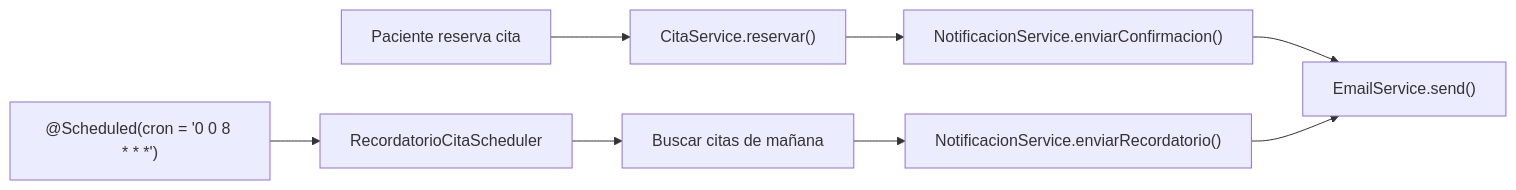
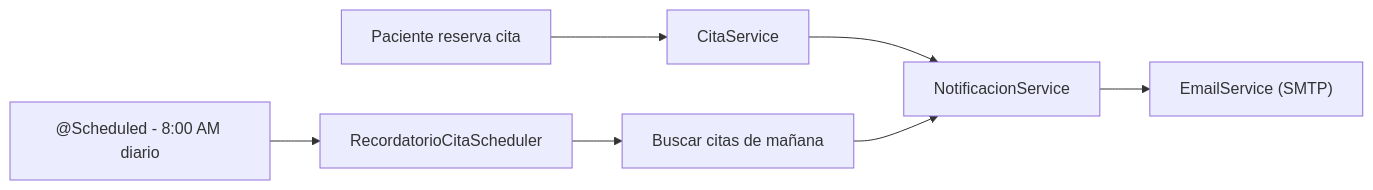
Before and after one commit to Alessandro-BS/Proyecto-Integrador: the sixth of 6 diagrams in README.md, drawn with Mermaid. The commit also changed other lines of this file, not shown here.

````diff
--- a/README.md
+++ b/README.md
@@ -342,11 +510,10 @@
 ```mermaid
 flowchart LR
-    A["Paciente reserva cita"] --> B["CitaService.reservar()"]
-    B --> C["NotificacionService.enviarConfirmacion()"]
-    C --> D["EmailService.send()"]
-    
-    E["@Scheduled(cron = '0 0 8 * * *')"] --> F["RecordatorioCitaScheduler"]
+    A["Paciente reserva cita"] --> B["CitaService"]
+    B --> C["NotificacionService"]
+    C --> D["EmailService (SMTP)"]
+
+    E["@Scheduled - 8:00 AM diario"] --> F["RecordatorioCitaScheduler"]
     F --> G["Buscar citas de mañana"]
-    G --> H["NotificacionService.enviarRecordatorio()"]
-    H --> D
+    G --> C
 ```
````
